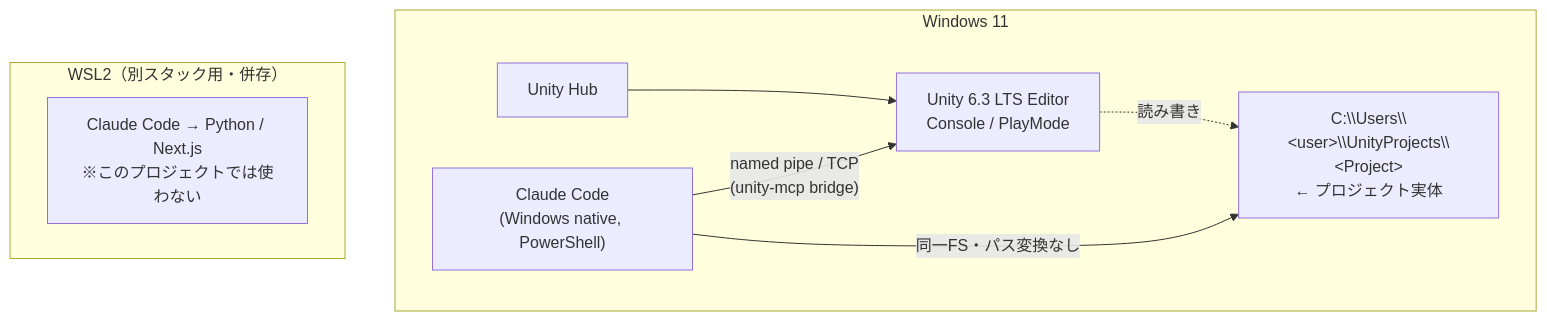
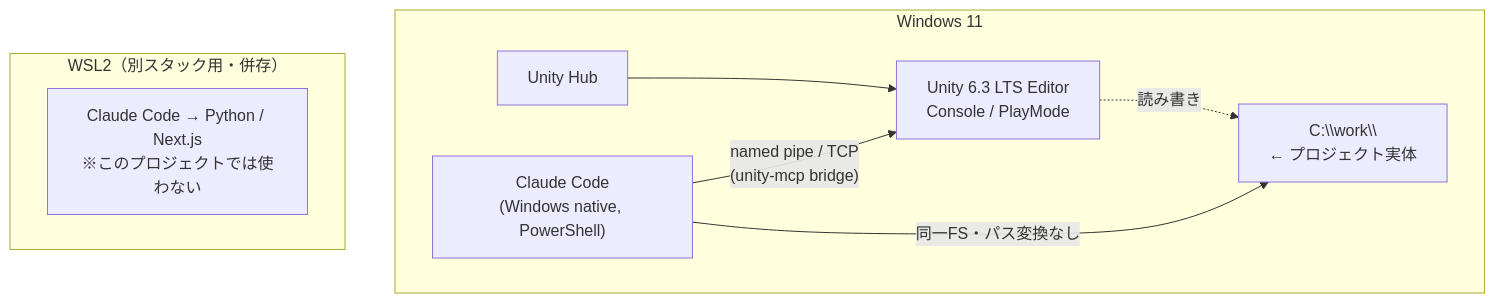
One commit to altair-nasubee/japan-weather-demo changed the first of 3 diagrams in docs/unity-wsl-claudecode-setup-guide.md. Above: the diagram before and after it, drawn with Mermaid. The commit also changed other lines of this file, not shown here.

````diff
--- a/docs/unity-wsl-claudecode-setup-guide.md
+++ b/docs/unity-wsl-claudecode-setup-guide.md
@@ -15,18 +13,18 @@
 ```mermaid
 flowchart TB
     subgraph WIN["Windows 11"]
         Hub["Unity Hub"]
         Editor["Unity 6.3 LTS Editor<br/>Console / PlayMode"]
         CC["Claude Code<br/>(Windows native, PowerShell)"]
-        Proj["C:\\Users\\&lt;user&gt;\\UnityProjects\\&lt;Project&gt;<br/>← プロジェクト実体"]
+        Proj["C:\\work\\<Project><br/>← プロジェクト実体"]
 
         Hub --> Editor
         CC -- "named pipe / TCP<br/>(unity-mcp bridge)" --> Editor
         CC -- "同一FS・パス変換なし" --> Proj
         Editor -. "読み書き" .-> Proj
     end
 
     subgraph WSL["WSL2（別スタック用・併存）"]
         CCWSL["Claude Code → Python / Next.js<br/>※このプロジェクトでは使わない"]
     end
 ```
````
